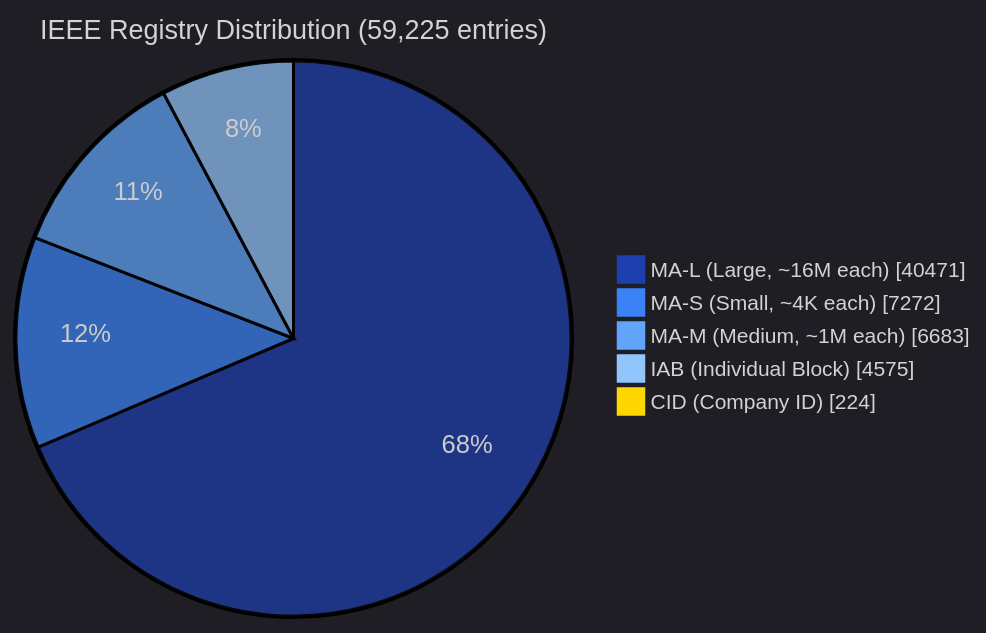
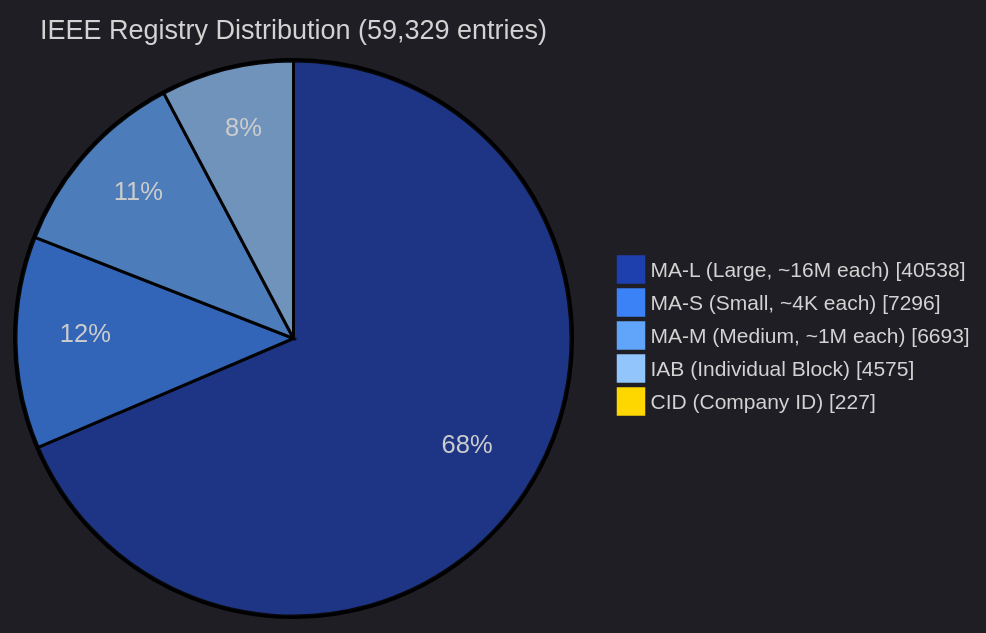
One commit to zqf20096327/dbhub_collect changed the third of 5 diagrams in data/readmes/Ringmast4r__OUI-Master-Database.md. Above: the diagram before and after it, drawn with Mermaid. The commit also changed other lines of this file and 740 other files, not shown here.

````diff
--- a/data/readmes/Ringmast4r__OUI-Master-Database.md
+++ b/data/readmes/Ringmast4r__OUI-Master-Database.md
@@ -133,10 +133,10 @@
 ```mermaid
 %%{init: {'theme':'dark', 'themeVariables': {'pie1':'#1E40AF','pie2':'#3B82F6','pie3':'#60A5FA','pie4':'#93C5FD','pie5':'#FFD700','pieTitleTextSize':'18px','pieLegendTextSize':'14px'}}}%%
 pie showData
-    title IEEE Registry Distribution (59,225 entries)
-    "MA-L (Large, ~16M each)" : 40471
-    "MA-S (Small, ~4K each)" : 7272
-    "MA-M (Medium, ~1M each)" : 6683
+    title IEEE Registry Distribution (59,329 entries)
+    "MA-L (Large, ~16M each)" : 40538
+    "MA-S (Small, ~4K each)" : 7296
+    "MA-M (Medium, ~1M each)" : 6693
     "IAB (Individual Block)" : 4575
-    "CID (Company ID)" : 224
+    "CID (Company ID)" : 227
 ```
````
